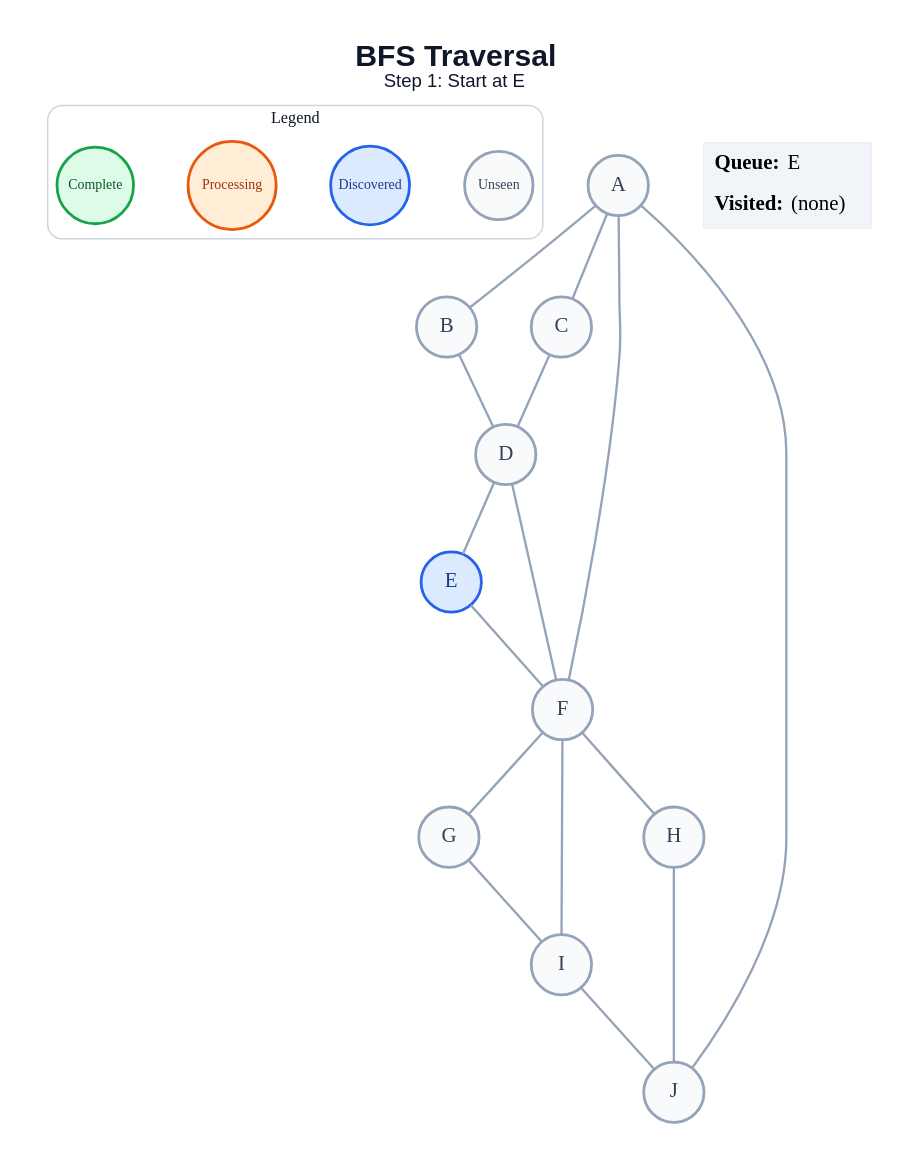
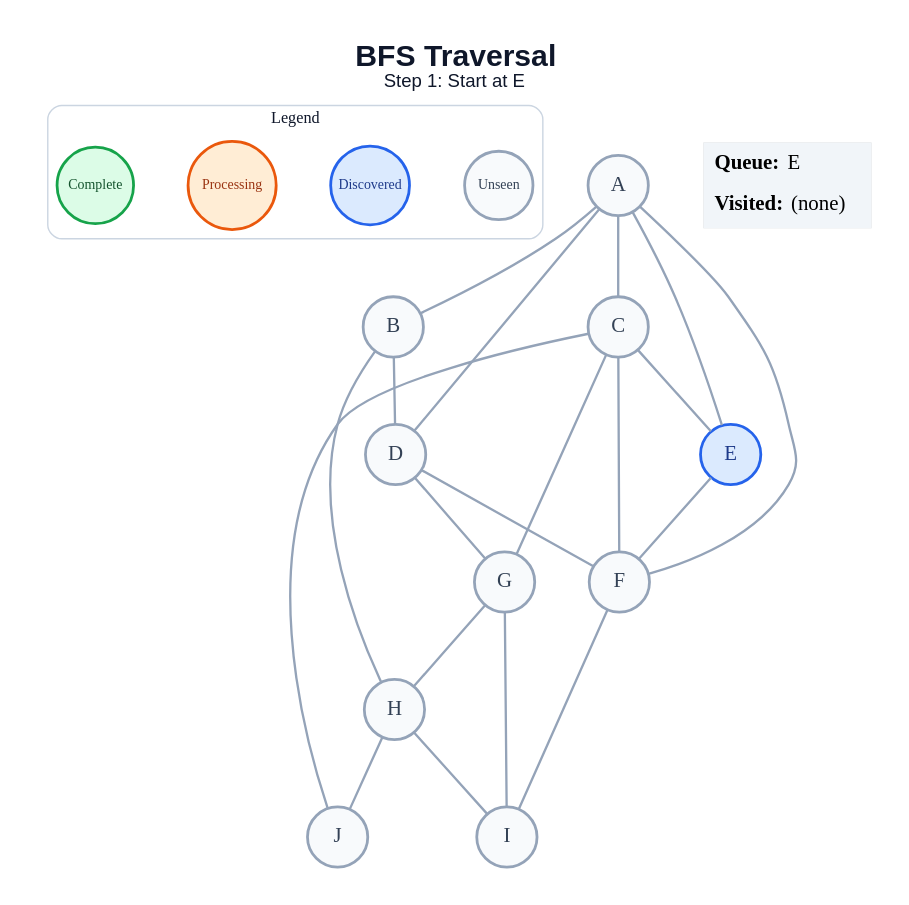
The diagram in generated/specific-node/bfs/step_01.dot (amanghodawala9/ai-slop), drawn with Graphviz before and after one commit. The commit also changed 178 other files, not shown here.

```diff
--- a/generated/specific-node/bfs/step_01.dot
+++ b/generated/specific-node/bfs/step_01.dot
@@ -1,44 +1,48 @@
 graph traversal {
   graph [layout=dot, rankdir=TB, bgcolor="#FFFFFF", pad="0.35", nodesep="0.65", ranksep="0.8", fontname="Arial"];
   node [shape=circle, style="filled", fontname="Arial Bold", fontsize=18, width=0.72, fixedsize=true, penwidth=2.4];
   edge [color="#94A3B8", penwidth=2.0];
   label=<<B>BFS Traversal</B><BR/><FONT POINT-SIZE="16">Step 1: Start at E</FONT>>; labelloc="t"; fontsize=26; fontname="Arial"; fontcolor="#0F172A";
   subgraph cluster_legend { label="Legend"; color="#CBD5E1"; penwidth=1.2; style="rounded"; fontsize=14; fontname="Arial Bold";
     key_unseen [label="Unseen", fillcolor="#F8FAFC", color="#94A3B8", fontcolor="#334155", fontsize=12, width=0.82];
     key_frontier [label="Discovered", fillcolor="#DBEAFE", color="#2563EB", fontcolor="#1E3A8A", fontsize=12, width=0.95];
     key_current [label="Processing", fillcolor="#FFEDD5", color="#EA580C", fontcolor="#9A3412", fontsize=12, width=1.05];
     key_done [label="Complete", fillcolor="#DCFCE7", color="#16A34A", fontcolor="#14532D", fontsize=12, width=0.92];
     { rank=same; key_unseen; key_frontier; key_current; key_done; }
   }
   A [fillcolor="#F8FAFC", color="#94A3B8", fontcolor="#334155"];
   B [fillcolor="#F8FAFC", color="#94A3B8", fontcolor="#334155"];
   C [fillcolor="#F8FAFC", color="#94A3B8", fontcolor="#334155"];
   D [fillcolor="#F8FAFC", color="#94A3B8", fontcolor="#334155"];
   E [fillcolor="#DBEAFE", color="#2563EB", fontcolor="#1E3A8A"];
   F [fillcolor="#F8FAFC", color="#94A3B8", fontcolor="#334155"];
   G [fillcolor="#F8FAFC", color="#94A3B8", fontcolor="#334155"];
   H [fillcolor="#F8FAFC", color="#94A3B8", fontcolor="#334155"];
   I [fillcolor="#F8FAFC", color="#94A3B8", fontcolor="#334155"];
   J [fillcolor="#F8FAFC", color="#94A3B8", fontcolor="#334155"];
   A -- B;
   A -- C;
+  A -- D;
+  A -- E;
   A -- F;
-  A -- J;
   B -- D;
-  C -- D;
-  D -- E;
+  B -- H;
+  C -- E;
+  C -- F;
+  C -- G;
+  C -- J;
   D -- F;
+  D -- G;
   E -- F;
-  F -- G;
-  F -- H;
   F -- I;
+  G -- H;
   G -- I;
+  H -- I;
   H -- J;
-  I -- J;
   status [shape=plain, fixedsize=false, width=0, height=0, margin=0, label=<
     <TABLE BORDER="0" CELLBORDER="0" CELLPADDING="7" BGCOLOR="#F1F5F9">
       <TR><TD ALIGN="LEFT"><B>Queue:</B> E</TD></TR>
       <TR><TD ALIGN="LEFT"><B>Visited:</B> (none)</TD></TR>
     </TABLE>
   >];
 }
```
